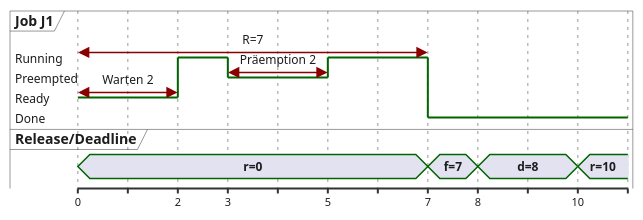
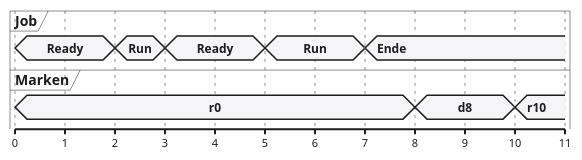
One commit to dantschi/echtzeitsysteme changed the first of 10 diagrams in vorlesungen/02_scheduling-theorie.qmd. Above: the diagram before and after it, drawn with PlantUML. The commit also changed other lines of this file and 6 other files, not shown here.

````diff
--- a/vorlesungen/02_scheduling-theorie.qmd
+++ b/vorlesungen/02_scheduling-theorie.qmd
@@ -218,36 +76,57 @@
 ```{.plantuml}
 @startuml
 skinparam backgroundColor transparent
 skinparam defaultFontName "Inter, sans-serif"
 skinparam defaultFontColor #1D1D1F
 skinparam ArrowColor #86868B
+skinparam NoteBackgroundColor #F5F5F7
+skinparam NoteBorderColor #E5E5EA
 skinparam timing {
-  BackgroundColor #FFFFFF
-  BorderColor #E5E5EA
+ BackgroundColor #FFFFFF
+ BorderColor #E5E5EA
+ LineColor #1D1D1F
+ SignalColor #E2001A
+}
+<style>
+timingDiagram {
+ FontName sans-serif
+ FontColor #1D1D1F
+ LineColor #1D1D1F
+ arrow {
+  LineColor #86868B
+  FontColor #1D1D1F
+ }
+ concise {
+  FontName sans-serif
+  FontColor #1D1D1F
   LineColor #1D1D1F
-  SignalColor #E2001A
+  BackGroundColor #F5F5F7
+ }
+ robust {
+  FontName sans-serif
+  FontColor #1D1D1F
+  LineColor #1D1D1F
+  BackGroundColor #FFFFFF
+ }
 }
-robust "Job J1" as J
-J has Running,Preempted,Ready,Done
-concise "Release/Deadline" as M
+</style>
+scale 1 as 50 pixels
+concise "Job" as J
+concise "Marken" as M
 @0
-J is Ready
-M is "r=0"
+J is "Ready"
+M is "r0"
 @2
-J is Running
+J is "Run"
 @3
-J is Preempted
+J is "Ready"
 @5
-J is Running
+J is "Run"
 @7
-J is Done
-M is "f=7"
+J is "Ende"
 @8
-M is "d=8"
+M is "d8"
 @10
-M is "r=10"
-J@0 <-> @2 : Warten 2
-J@3 <-> @5 : Präemption 2
-J@0 <-> @7 : R=7
+M is "r10"
 @enduml
 ```
````
